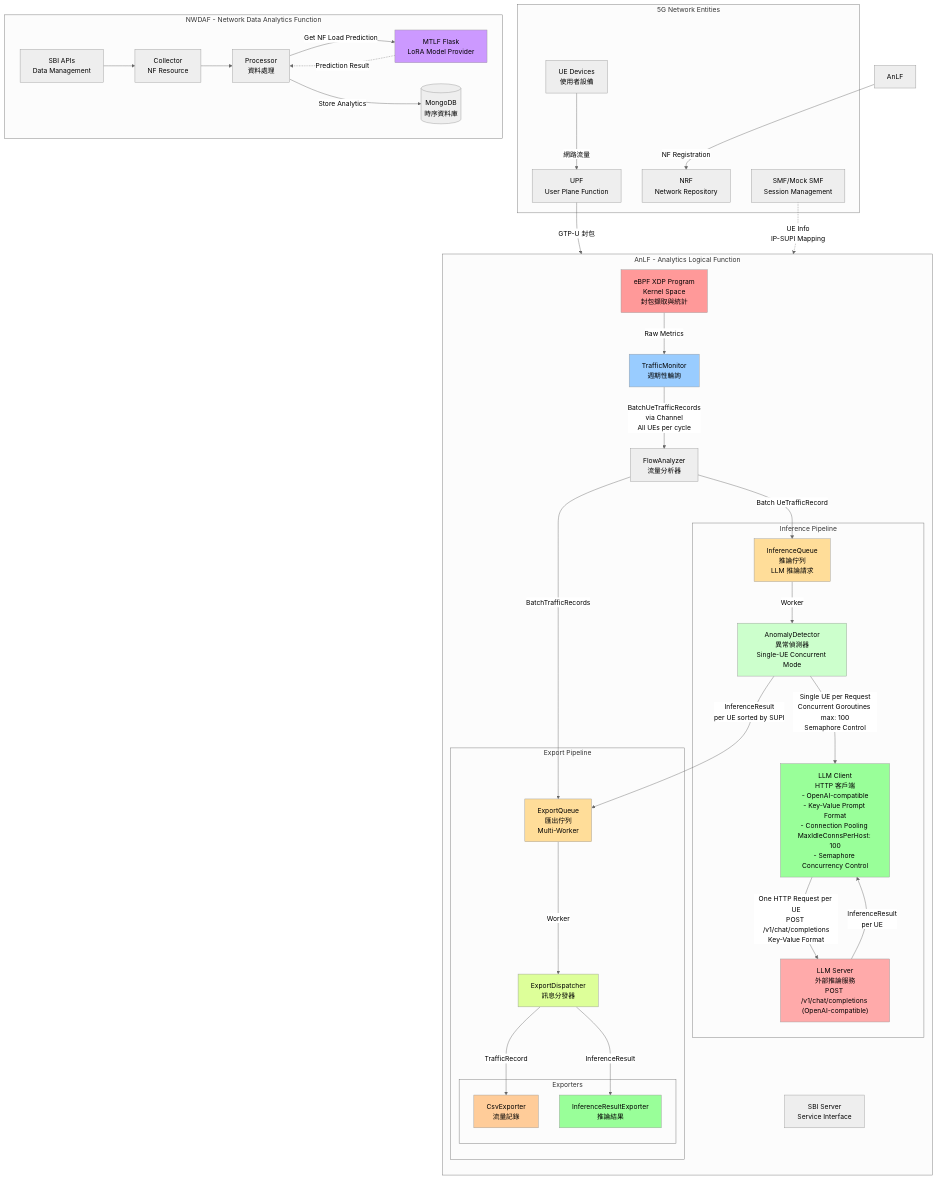
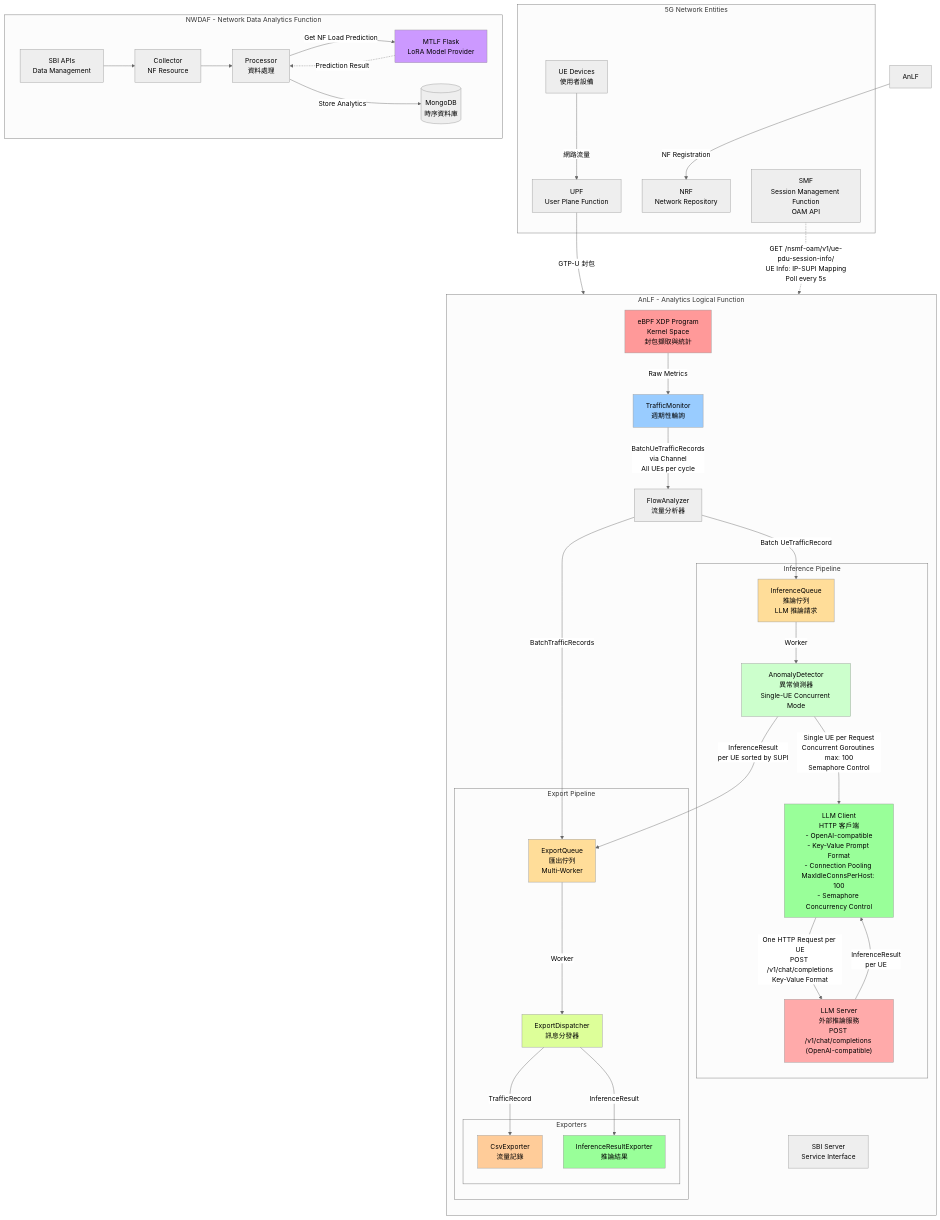
The first of 8 diagrams in docs/architecture.md (ian-cs12-NYCU/AnLF), drawn with Mermaid before and after one commit. The commit also changed other lines of this file and 8 other files, not shown here.

Commit message:
feat: Add SMF client integration with OAM API

```diff
--- a/docs/architecture.md
+++ b/docs/architecture.md
@@ -9,7 +9,7 @@
         UE[UE Devices<br/>使用者設備]
         UPF[UPF<br/>User Plane Function]
         NRF[NRF<br/>Network Repository]
-        SMF[SMF/Mock SMF<br/>Session Management]
+        SMF[SMF<br/>Session Management Function<br/>OAM API]
     end
     
     subgraph "AnLF - Analytics Logical Function"
@@ -50,7 +50,7 @@
     UPF -->|GTP-U 封包| eBPF
     
     eBPF -->|Raw Metrics| Monitor
-    SMF -.->|UE Info<br/>IP-SUPI Mapping| Monitor
+    SMF -.->|GET /nsmf-oam/v1/ue-pdu-session-info/<br/>UE Info: IP-SUPI Mapping<br/>Poll every 5s| Monitor
     
     Monitor -->|BatchUeTrafficRecords<br/>via Channel<br/>All UEs per cycle| Analyzer
     Analyzer -->|BatchTrafficRecords| ExpQueue
```
